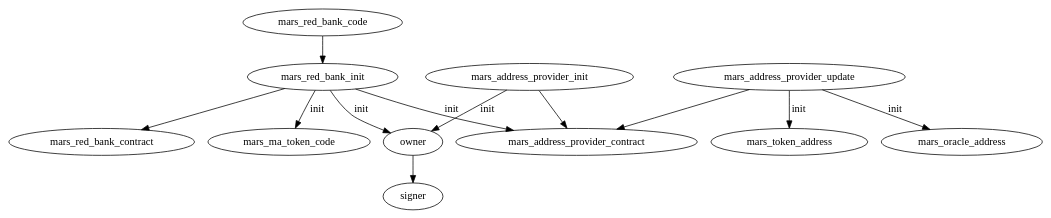
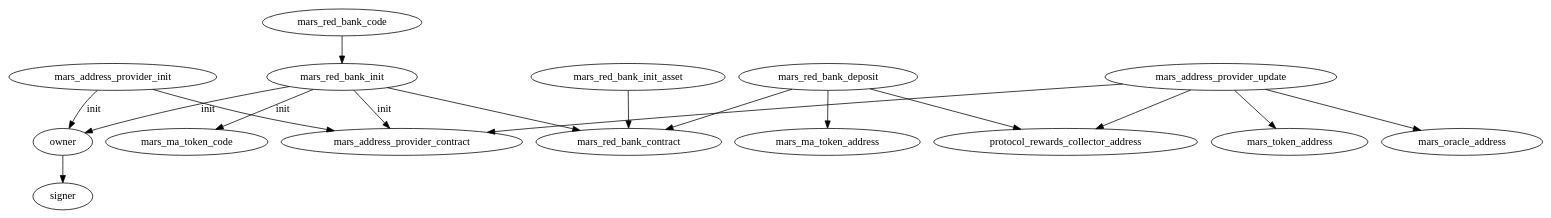
One commit to mars-protocol/v1-core changed the diagram in protocol.dot. Above: the diagram before and after it, drawn with Graphviz.

Commit message:
more of basic init sequence

```diff
--- a/protocol.dot
+++ b/protocol.dot
@@ -1,17 +1,26 @@
 digraph mars_protocol {
   owner -> signer
-  
+
   mars_red_bank_code -> mars_red_bank_init
 
   mars_red_bank_init -> mars_red_bank_contract
   mars_red_bank_init -> mars_address_provider_contract [label="init"]
   mars_red_bank_init -> mars_ma_token_code [label="init"]
   mars_red_bank_init -> owner [label="init"]
-  
+
   mars_address_provider_init -> owner [label="init"]
   mars_address_provider_init -> mars_address_provider_contract
-  
+
   mars_address_provider_update -> mars_address_provider_contract
-  mars_address_provider_update -> mars_token_address [label="init"]
-  mars_address_provider_update -> mars_oracle_address [label="init"]
+  mars_address_provider_update -> mars_token_address
+  mars_address_provider_update -> mars_oracle_address
+  mars_address_provider_update -> protocol_rewards_collector_address
+
+
+  mars_red_bank_deposit -> mars_red_bank_contract
+  mars_red_bank_deposit -> mars_ma_token_address
+  mars_red_bank_deposit -> protocol_rewards_collector_address
+
+  mars_red_bank_init_asset -> mars_red_bank_contract
+
 }
```
